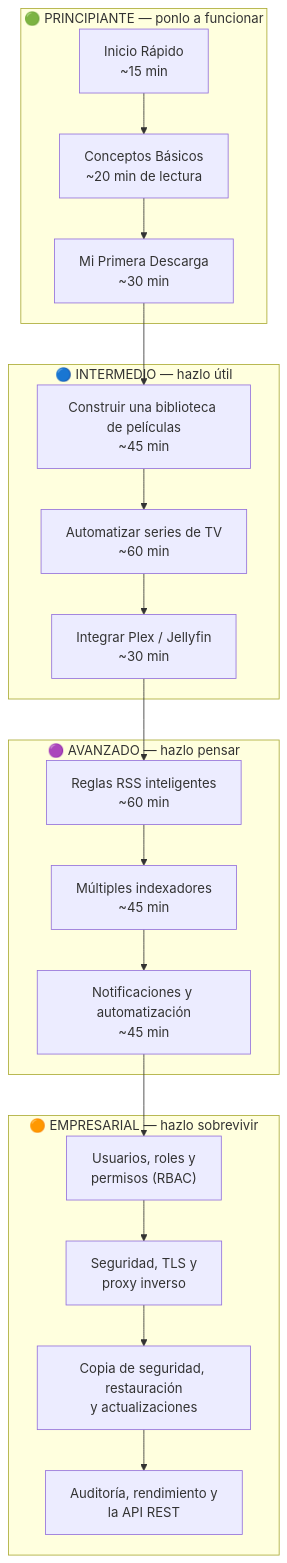
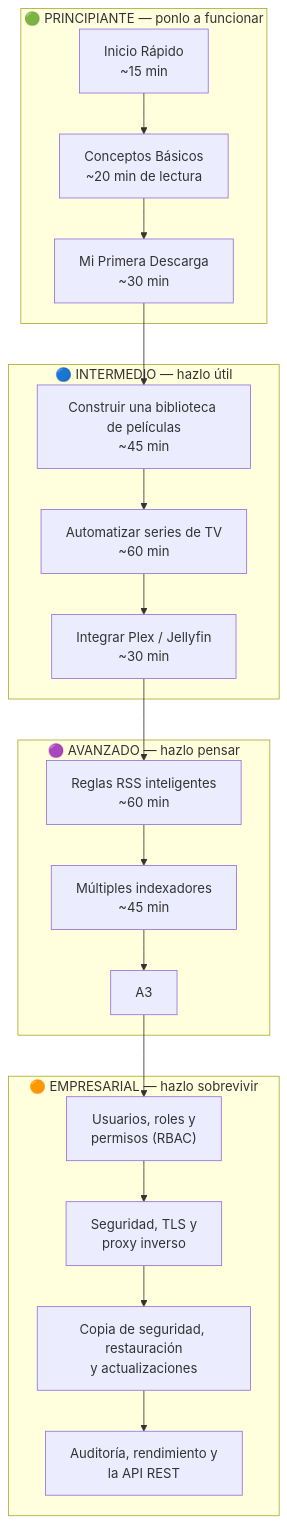
The first of 2 diagrams in website/i18n/es-PR/docusaurus-plugin-content-docs/current/learn/tutorials/index.md (damirabal/ultratorrent-core), drawn with Mermaid before and after one commit. The commit also changed other lines of this file and 55 other files, not shown here.

````diff
--- a/website/i18n/es-PR/docusaurus-plugin-content-docs/current/learn/tutorials/index.md
+++ b/website/i18n/es-PR/docusaurus-plugin-content-docs/current/learn/tutorials/index.md
@@ -26,35 +26,34 @@
 ```mermaid
 flowchart TB
   subgraph B["🟢 PRINCIPIANTE — ponlo a funcionar"]
     B1["Inicio Rápido<br/>~15 min"]
     B2["Conceptos Básicos<br/>~20 min de lectura"]
     B3["Mi Primera Descarga<br/>~30 min"]
     B1 --> B2 --> B3
   end
 
   subgraph I["🔵 INTERMEDIO — hazlo útil"]
     I1["Construir una biblioteca de películas<br/>~45 min"]
     I2["Automatizar series de TV<br/>~60 min"]
     I3["Integrar Plex / Jellyfin<br/>~30 min"]
     I1 --> I2 --> I3
   end
 
   subgraph A["🟣 AVANZADO — hazlo pensar"]
     A1["Reglas RSS inteligentes<br/>~60 min"]
     A2["Múltiples indexadores<br/>~45 min"]
-    A3["Notificaciones y automatización<br/>~45 min"]
     A1 --> A2 --> A3
   end
 
   subgraph E["🟠 EMPRESARIAL — hazlo sobrevivir"]
     E1["Usuarios, roles y<br/>permisos (RBAC)"]
     E2["Seguridad, TLS y<br/>proxy inverso"]
     E3["Copia de seguridad, restauración<br/>y actualizaciones"]
     E4["Auditoría, rendimiento y<br/>la API REST"]
     E1 --> E2 --> E3 --> E4
   end
 
   B3 --> I1
   I3 --> A1
   A3 --> E1
 ```
````
